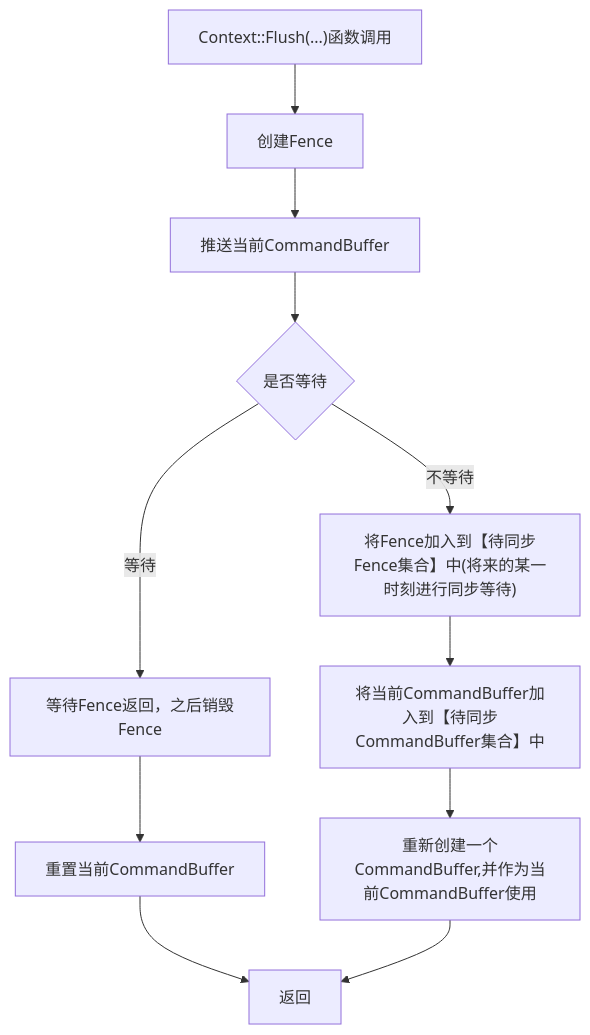
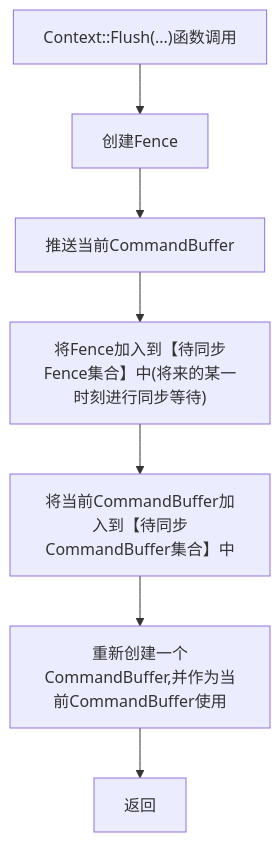
The eighth of 10 diagrams in docs/Design/FrameGraphAdvance.md (FuXiii/Turbo), drawn with Mermaid before and after one commit. The commit also changed other lines of this file and 3 other files, not shown here.

````diff
--- a/docs/Design/FrameGraphAdvance.md
+++ b/docs/Design/FrameGraphAdvance.md
@@ -2229,26 +2229,18 @@
 ```mermaid
 graph TD;
 Flush["Context::Flush(...)函数调用"]
 CreateFence["创建Fence"]
 SubmmitCurrentCommandBuffer["推送当前CommandBuffer"]
-IsWait{"是否等待"}
-YesWaitThenDestroyFence["等待Fence返回，之后销毁Fence"]
 NoWaitAndPushIntoFenceSet["将Fence加入到【待同步Fence集合】中(将来的某一时刻进行同步等待)"]
 CurrentCommandBufferPushIntoCommandBufferSet["将当前CommandBuffer加入到【待同步CommandBuffer集合】中"]
 ReCreateCommandBuffer["重新创建一个CommandBuffer,并作为当前CommandBuffer使用"]
-ResetCurrentCommandBuffer["重置当前CommandBuffer"]
 Return["返回"]
 
 Flush-->CreateFence
 CreateFence-->SubmmitCurrentCommandBuffer
-SubmmitCurrentCommandBuffer-->IsWait
-IsWait--等待-->YesWaitThenDestroyFence
-IsWait--不等待-->NoWaitAndPushIntoFenceSet
-
-YesWaitThenDestroyFence-->ResetCurrentCommandBuffer
-ResetCurrentCommandBuffer-->Return
+SubmmitCurrentCommandBuffer-->NoWaitAndPushIntoFenceSet
 
 NoWaitAndPushIntoFenceSet-->CurrentCommandBufferPushIntoCommandBufferSet
 CurrentCommandBufferPushIntoCommandBufferSet-->ReCreateCommandBuffer
 ReCreateCommandBuffer-->Return
 ```
````
